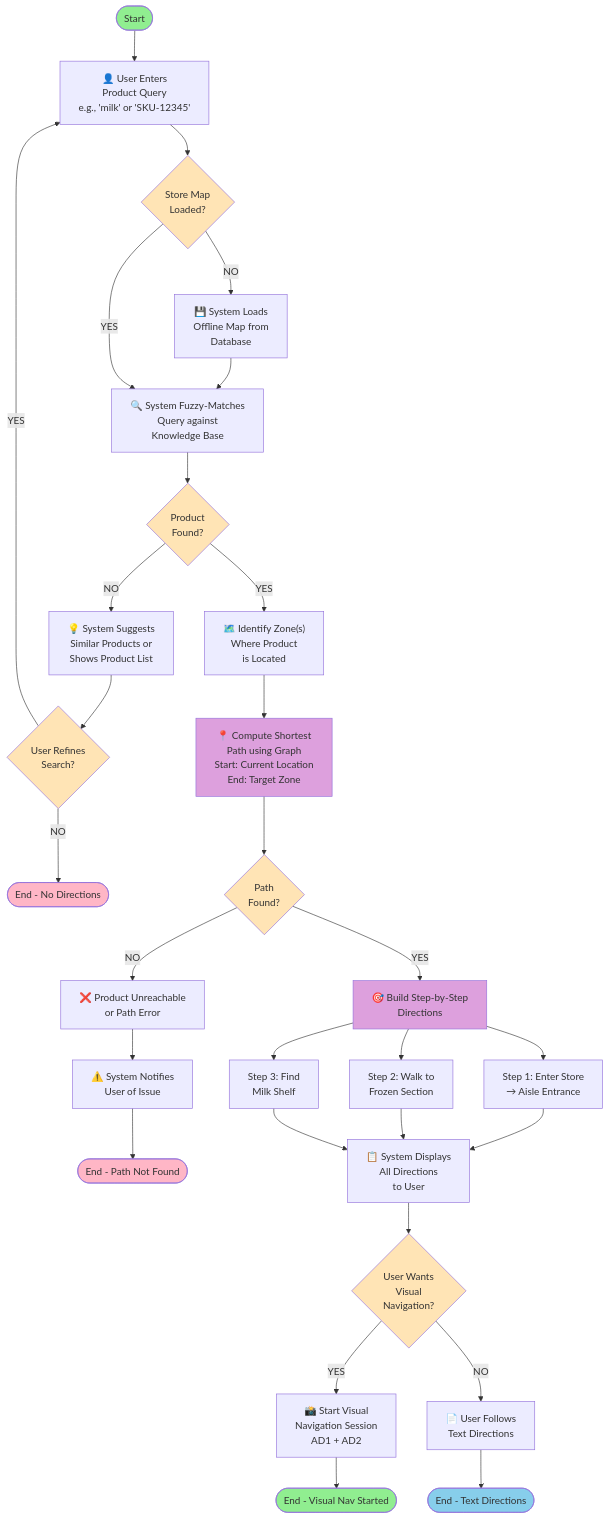
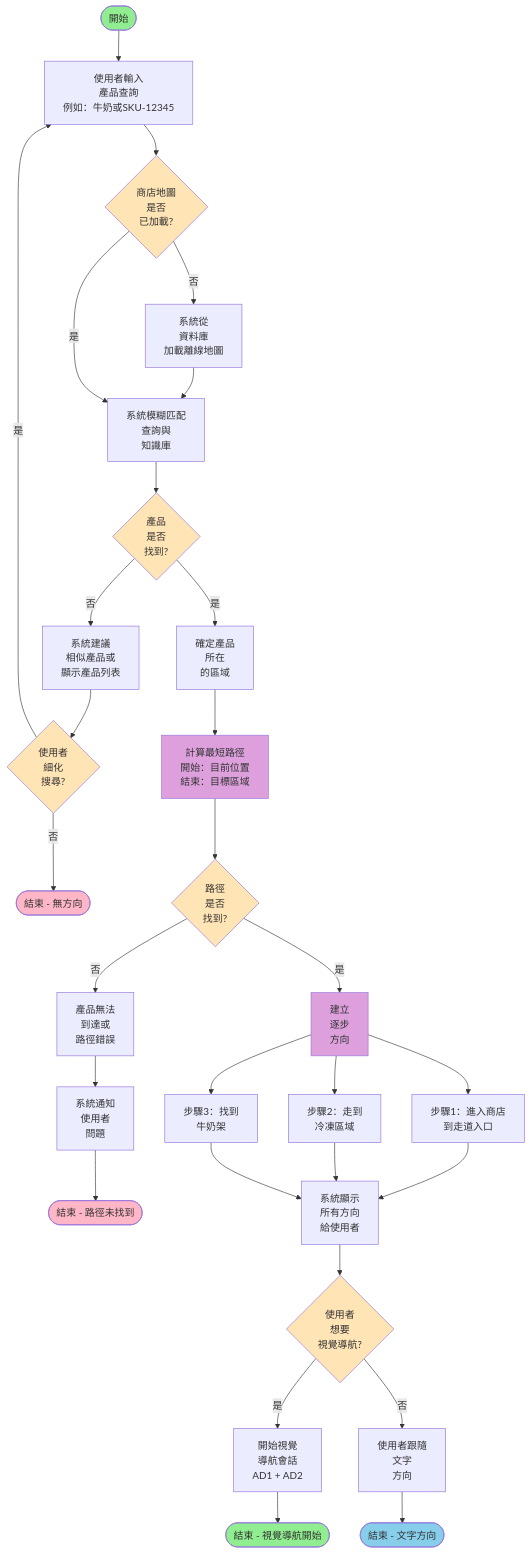
Before and after one commit to B1229013/OOSD: the fourth of 6 diagrams in README.md, drawn with Mermaid. The commit also changed other lines of this file, not shown here.

````diff
--- a/README.md
+++ b/README.md
@@ -232,57 +232,57 @@
 ```mermaid
 graph TD
-    Start([Start]) --> UserQuery["👤 User Enters<br/>Product Query<br/>e.g., 'milk' or 'SKU-12345'"]
-    UserQuery --> CheckMap{Store Map<br/>Loaded?}
+    Start([開始]) --> UserQuery["使用者輸入<br/>產品查詢<br/>例如：牛奶或SKU-12345"]
+    UserQuery --> CheckMap{商店地圖<br/>是否<br/>已加載?}
     
-    CheckMap -->|NO| LoadMap["💾 System Loads<br/>Offline Map from<br/>Database"]
-    LoadMap --> FuzzyMatch["🔍 System Fuzzy-Matches<br/>Query against<br/>Knowledge Base"]
+    CheckMap -->|否| LoadMap["系統從<br/>資料庫<br/>加載離線地圖"]
+    LoadMap --> FuzzyMatch["系統模糊匹配<br/>查詢與<br/>知識庫"]
     
-    CheckMap -->|YES| FuzzyMatch
+    CheckMap -->|是| FuzzyMatch
     
-    FuzzyMatch --> DecisionFound{Product<br/>Found?}
+    FuzzyMatch --> DecisionFound{產品<br/>是否<br/>找到?}
     
-    DecisionFound -->|NO| Suggest["💡 System Suggests<br/>Similar Products or<br/>Shows Product List"]
-    Suggest --> DecisionRefine{User Refines<br/>Search?}
+    DecisionFound -->|否| Suggest["系統建議<br/>相似產品或<br/>顯示產品列表"]
+    Suggest --> DecisionRefine{使用者<br/>細化<br/>搜尋?}
     
-    DecisionRefine -->|YES| UserQuery
-    DecisionRefine -->|NO| EndNoProduct([End - No Directions])
+    DecisionRefine -->|是| UserQuery
+    DecisionRefine -->|否| EndNoProduct([結束 - 無方向])
     
-    DecisionFound -->|YES| IdentifyZone["🗺️ Identify Zone(s)<br/>Where Product<br/>is Located"]
-    IdentifyZone --> ComputePath["📍 Compute Shortest<br/>Path using Graph<br/>Start: Current Location<br/>End: Target Zone"]
+    DecisionFound -->|是| IdentifyZone["確定產品<br/>所在<br/>的區域"]
+    IdentifyZone --> ComputePath["計算最短路徑<br/>開始：目前位置<br/>結束：目標區域"]
     
-    ComputePath --> DecisionPath{Path<br/>Found?}
+    ComputePath --> DecisionPath{路徑<br/>是否<br/>找到?}
     
-    DecisionPath -->|NO| PathError["❌ Product Unreachable<br/>or Path Error"]
-    PathError --> NotifyUser["⚠️ System Notifies<br/>User of Issue"]
-    NotifyUser --> EndNoPath([End - Path Not Found])
+    DecisionPath -->|否| PathError["產品無法<br/>到達或<br/>路徑錯誤"]
+    PathError --> NotifyUser["系統通知<br/>使用者<br/>問題"]
+    NotifyUser --> EndNoPath([結束 - 路徑未找到])
     
-    DecisionPath -->|YES| BuildDirections["🎯 Build Step-by-Step<br/>Directions"]
-    BuildDirections --> Step1["Step 1: Enter Store<br/>→ Aisle Entrance"]
-    BuildDirections --> Step2["Step 2: Walk to<br/>Frozen Section"]
-    BuildDirections --> Step3["Step 3: Find<br/>Milk Shelf"]
+    DecisionPath -->|是| BuildDirections["建立<br/>逐步<br/>方向"]
+    BuildDirections --> Step1["步驟1：進入商店<br/>到走道入口"]
+    BuildDirections --> Step2["步驟2：走到<br/>冷凍區域"]
+    BuildDirections --> Step3["步驟3：找到<br/>牛奶架"]
     
-    Step1 --> DisplayDirections["📋 System Displays<br/>All Directions<br/>to User"]
+    Step1 --> DisplayDirections["系統顯示<br/>所有方向<br/>給使用者"]
     Step2 --> DisplayDirections
     Step3 --> DisplayDirections
     
-    DisplayDirections --> DecisionVisual{User Wants<br/>Visual<br/>Navigation?}
+    DisplayDirections --> DecisionVisual{使用者<br/>想要<br/>視覺導航?}
     
-    DecisionVisual -->|YES| StartVisual["📸 Start Visual<br/>Navigation Session<br/>AD1 + AD2"]
-    StartVisual --> EndVisual([End - Visual Nav Started])
+    DecisionVisual -->|是| StartVisual["開始視覺<br/>導航會話<br/>AD1 + AD2"]
+    StartVisual --> EndVisual([結束 - 視覺導航開始])
     
-    DecisionVisual -->|NO| TextNav["📄 User Follows<br/>Text Directions"]
-    TextNav --> EndText([End - Text Directions])
+    DecisionVisual -->|否| TextNav["使用者跟隨<br/>文字<br/>方向"]
+    TextNav --> EndText([結束 - 文字方向])
     
     style Start fill:#90EE90
     style EndNoProduct fill:#FFB6C6
     style EndNoPath fill:#FFB6C6
     style EndVisual fill:#90EE90
     style EndText fill:#87CEEB
     style CheckMap fill:#FFE4B5
     style DecisionFound fill:#FFE4B5
     style DecisionRefine fill:#FFE4B5
     style DecisionPath fill:#FFE4B5
     style DecisionVisual fill:#FFE4B5
     style ComputePath fill:#DDA0DD
     style BuildDirections fill:#DDA0DD
 ```
````
